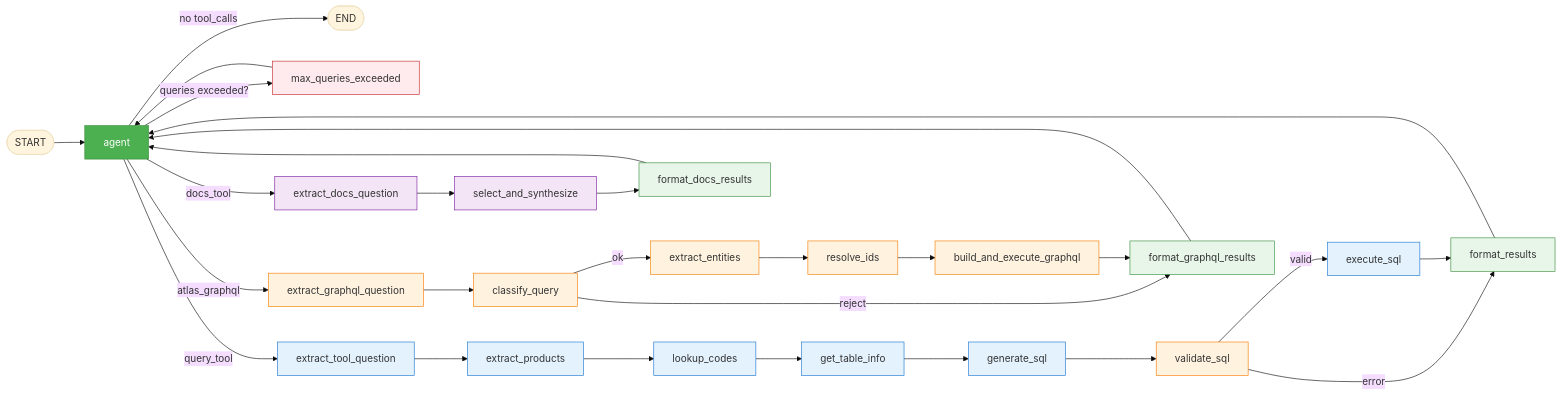
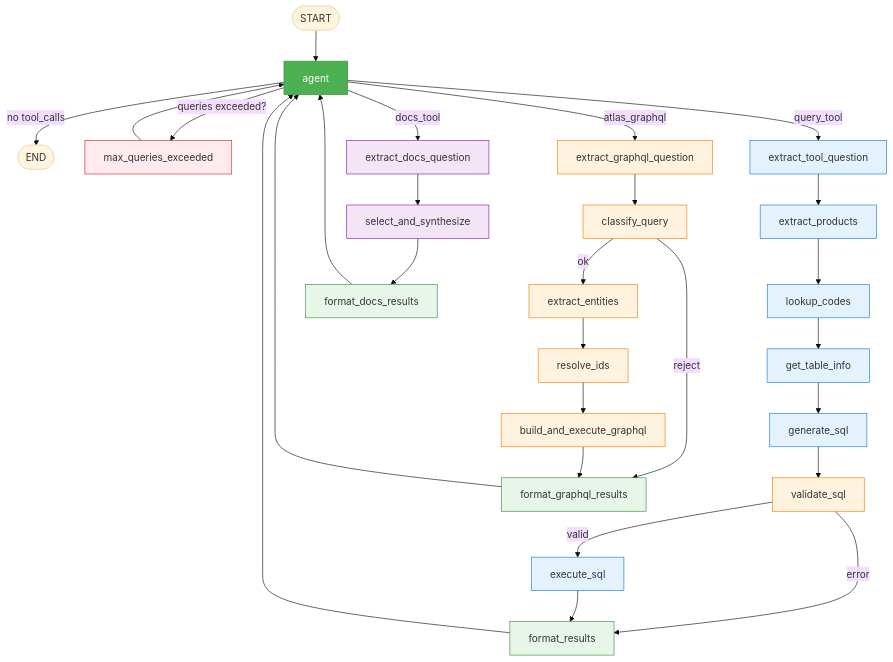
The second of 2 diagrams in README.md (shreyasgm/ask-atlas), drawn with Mermaid (base theme) before and after one commit.

Commit message:
docs: change agent pipeline diagram from left-to-right to top-to-bottom

````diff
--- a/README.md
+++ b/README.md
@@ -87,53 +87,53 @@
 ```mermaid
-graph LR
+graph TD
     START([START]) --> agent
     agent -->|no tool_calls| END_NODE([END])
     agent -->|queries exceeded?| mqe[max_queries_exceeded]
     agent -->|query_tool| etq[extract_tool_question]
     agent -->|atlas_graphql| egq[extract_graphql_question]
     agent -->|docs_tool| edq[extract_docs_question]
 
     etq --> ep[extract_products]
     ep --> lc[lookup_codes]
     lc --> gti[get_table_info]
     gti --> gs[generate_sql]
     gs --> vs[validate_sql]
     vs -->|valid| es[execute_sql]
     vs -->|error| fr[format_results]
     es --> fr
     fr --> agent
 
     egq --> cq[classify_query]
     cq -->|reject| fgr[format_graphql_results]
     cq -->|ok| ee[extract_entities]
     ee --> ri[resolve_ids]
     ri --> beg[build_and_execute_graphql]
     beg --> fgr
     fgr --> agent
 
     edq --> ss[select_and_synthesize]
     ss --> fdr[format_docs_results]
     fdr --> agent
 
     mqe --> agent
 
     style agent fill:#4CAF50,color:#fff,stroke:#388E3C
     style etq fill:#e3f2fd,stroke:#1976D2
     style ep fill:#e3f2fd,stroke:#1976D2
     style lc fill:#e3f2fd,stroke:#1976D2
     style gti fill:#e3f2fd,stroke:#1976D2
     style gs fill:#e3f2fd,stroke:#1976D2
     style vs fill:#fff3e0,stroke:#F57C00
     style es fill:#e3f2fd,stroke:#1976D2
     style fr fill:#e8f5e9,stroke:#388E3C
     style egq fill:#fff3e0,stroke:#F57C00
     style cq fill:#fff3e0,stroke:#F57C00
     style ee fill:#fff3e0,stroke:#F57C00
     style ri fill:#fff3e0,stroke:#F57C00
     style beg fill:#fff3e0,stroke:#F57C00
     style fgr fill:#e8f5e9,stroke:#388E3C
     style edq fill:#f3e5f5,stroke:#7B1FA2
     style ss fill:#f3e5f5,stroke:#7B1FA2
     style fdr fill:#e8f5e9,stroke:#388E3C
     style mqe fill:#ffebee,stroke:#c62828
 ```
````
